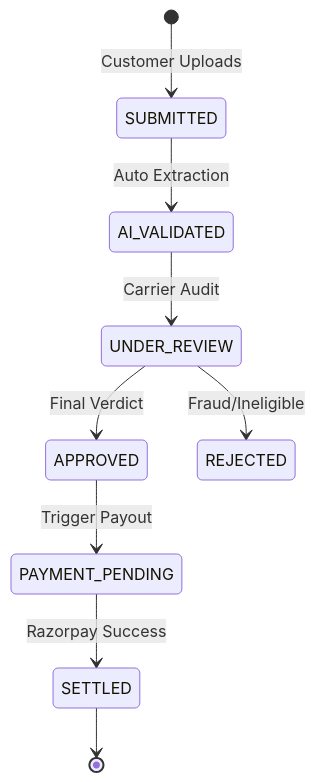
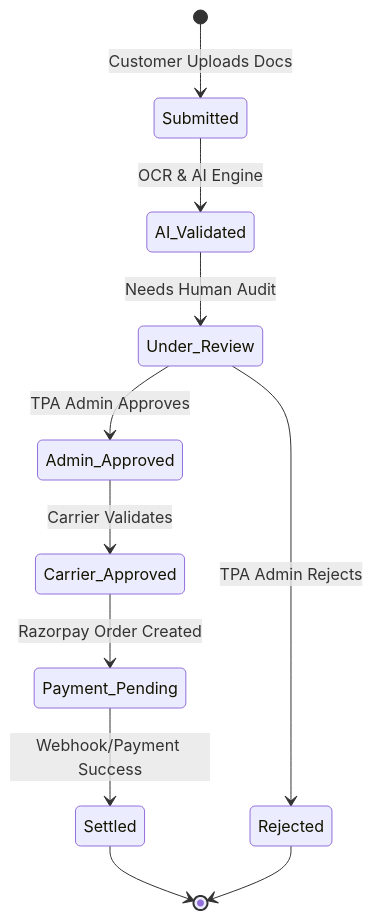
The third of 9 diagrams in presentation/README.md (mithun-io/tpa), drawn with Mermaid before and after one commit. The commit also changed other lines of this file, not shown here.

Commit message:
presentation pending

````diff
--- a/presentation/README.md
+++ b/presentation/README.md
@@ -83,11 +129,13 @@
 ```mermaid
 stateDiagram-v2
-    [*] --> SUBMITTED : Customer Uploads
-    SUBMITTED --> AI_VALIDATED : Auto Extraction
-    AI_VALIDATED --> UNDER_REVIEW : Carrier Audit
-    UNDER_REVIEW --> APPROVED : Final Verdict
-    UNDER_REVIEW --> REJECTED : Fraud/Ineligible
-    APPROVED --> PAYMENT_PENDING : Trigger Payout
-    PAYMENT_PENDING --> SETTLED : Razorpay Success
-    SETTLED --> [*]
+    [*] --> Submitted: Customer Uploads Docs
+    Submitted --> AI_Validated: OCR & AI Engine
+    AI_Validated --> Under_Review: Needs Human Audit
+    Under_Review --> Admin_Approved: TPA Admin Approves
+    Under_Review --> Rejected: TPA Admin Rejects
+    Admin_Approved --> Carrier_Approved: Carrier Validates
+    Carrier_Approved --> Payment_Pending: Razorpay Order Created
+    Payment_Pending --> Settled: Webhook/Payment Success
+    Settled --> [*]
+    Rejected --> [*]
 ```
````
